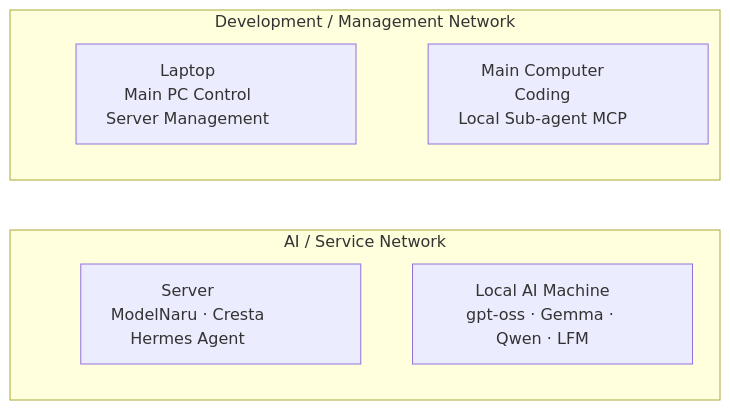
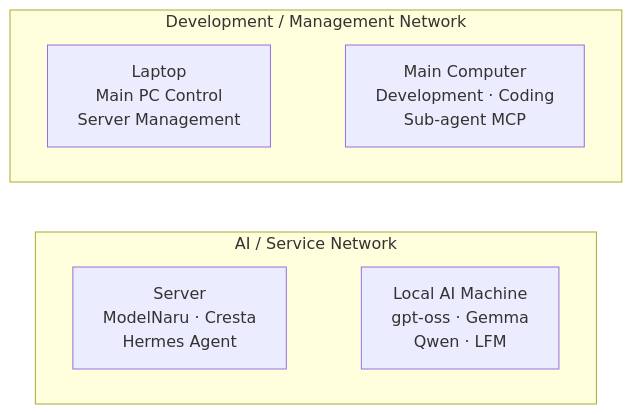
The diagram in README.md (totjae/portfolio), drawn with Mermaid before and after one commit.

Commit message:
Fix and normalize infrastructure diagram layout

````diff
--- a/README.md
+++ b/README.md
@@ -33,19 +33,16 @@
 ```mermaid
 flowchart LR
     subgraph NET_A["AI / Service Network"]
         direction LR
         SERVER["Server<br/>ModelNaru · Cresta<br/>Hermes Agent"]
-        LOCAL_AI["Local AI Machine<br/>gpt-oss · Gemma · Qwen · LFM"]
+        LOCAL_AI["Local AI Machine<br/>gpt-oss · Gemma<br/>Qwen · LFM"]
         SERVER ~~~ LOCAL_AI
     end
 
     subgraph NET_B["Development / Management Network"]
         direction LR
         LAPTOP["Laptop<br/>Main PC Control<br/>Server Management"]
-        MAIN_PC["Main Computer<br/>Coding<br/>Local Sub-agent MCP"]
+        MAIN_PC["Main Computer<br/>Development · Coding<br/>Sub-agent MCP"]
         LAPTOP ~~~ MAIN_PC
     end
-
-    classDef device width:280px,height:100px;
-    class SERVER,LOCAL_AI,LAPTOP,MAIN_PC device;
 ```
````
